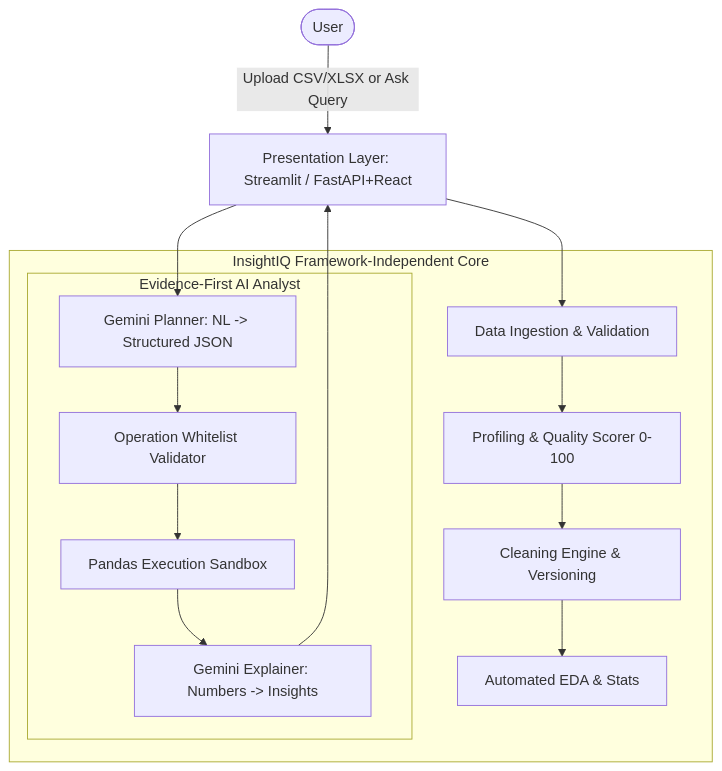
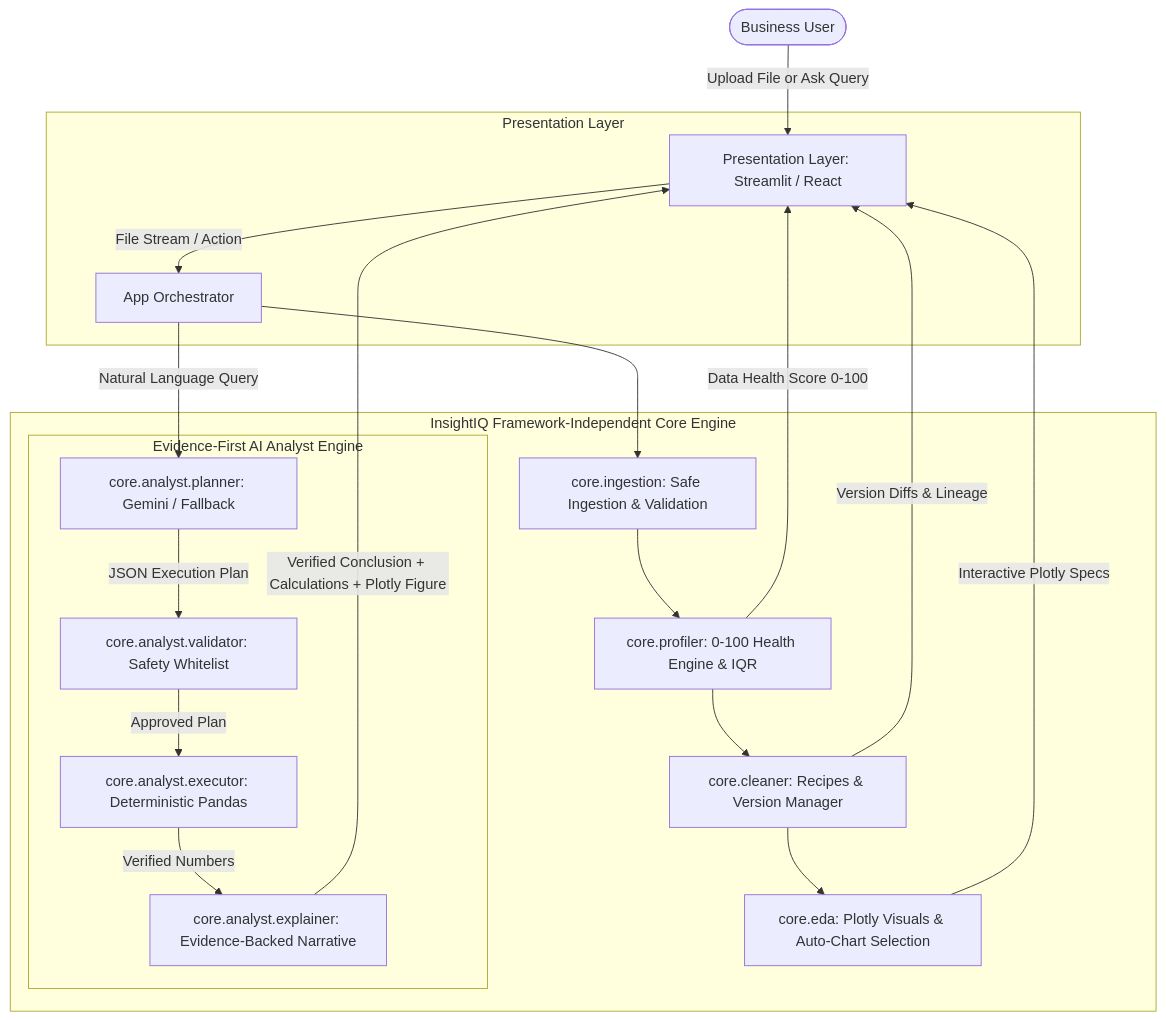
Before and after one commit to kavya-kalai/insightiq: the first of 3 diagrams in docs/architecture.md, drawn with Mermaid. The commit also changed other lines of this file and 3 other files, not shown here.

Commit message:
docs: complete demo kit with 5-minute script, verified questions, slides outline, and mermaid diagrams

````diff
--- a/docs/architecture.md
+++ b/docs/architecture.md
@@ -7,28 +9,27 @@
 ```mermaid
 graph TD
-    User([User]) -->|Upload CSV/XLSX or Ask Query| UI[Presentation Layer: Streamlit / FastAPI+React]
+    User([Business User]) -->|Upload File or Ask Query| UI[Presentation Layer: Streamlit / React]
     
-    subgraph Core Engine [InsightIQ Framework-Independent Core]
-        Parser[Data Ingestion & Validation]
-        Profiler[Profiling & Quality Scorer 0-100]
-        Cleaner[Cleaning Engine & Versioning]
-        EDA[Automated EDA & Stats]
+    subgraph PresentationLayer [Presentation Layer]
+        UI -->|File Stream / Action| Dispatcher[App Orchestrator]
+    end
+
+    subgraph CoreEngine [InsightIQ Framework-Independent Core Engine]
+        Dispatcher --> Ingestion[core.ingestion: Safe Ingestion & Validation]
+        Ingestion --> Profiler[core.profiler: 0-100 Health Engine & IQR]
+        Profiler --> Cleaner[core.cleaner: Recipes & Version Manager]
+        Cleaner --> EDA[core.eda: Plotly Visuals & Auto-Chart Selection]
         
-        subgraph EvidenceFirstAI [Evidence-First AI Analyst]
-            LLM_Plan[Gemini Planner: NL -> Structured JSON]
-            Validator[Operation Whitelist Validator]
-            Executor[Pandas Execution Sandbox]
-            LLM_Explain[Gemini Explainer: Numbers -> Insights]
+        subgraph EvidenceFirstAI [Evidence-First AI Analyst Engine]
+            Dispatcher -->|Natural Language Query| Planner[core.analyst.planner: Gemini / Fallback]
+            Planner -->|JSON Execution Plan| Validator[core.analyst.validator: Safety Whitelist]
+            Validator -->|Approved Plan| Executor[core.analyst.executor: Deterministic Pandas]
+            Executor -->|Verified Numbers| Explainer[core.analyst.explainer: Evidence-Backed Narrative]
         end
     end
 
-    UI --> Parser
-    Parser --> Profiler
-    Profiler --> Cleaner
-    Cleaner --> EDA
-    UI --> LLM_Plan
-    LLM_Plan --> Validator
-    Validator --> Executor
-    Executor --> LLM_Explain
-    LLM_Explain --> UI
+    Explainer -->|Verified Conclusion + Calculations + Plotly Figure| UI
+    EDA -->|Interactive Plotly Specs| UI
+    Cleaner -->|Version Diffs & Lineage| UI
+    Profiler -->|Data Health Score 0-100| UI
 ```
````
